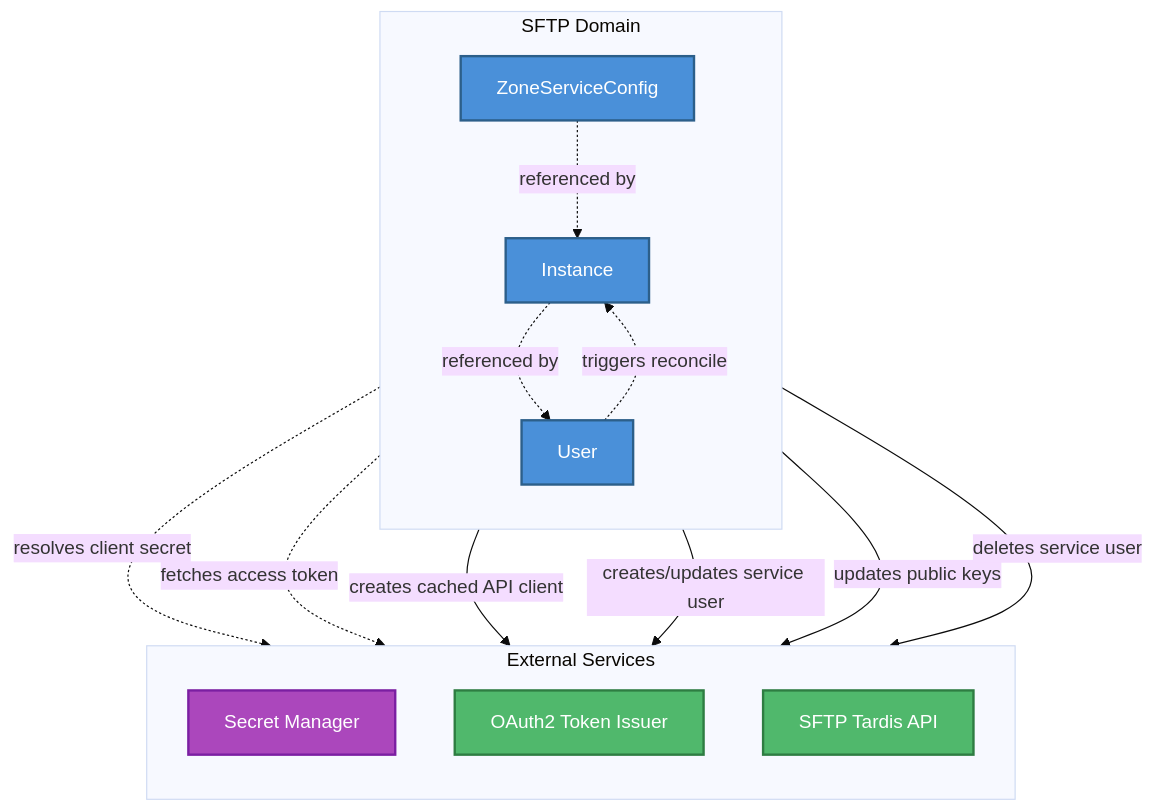
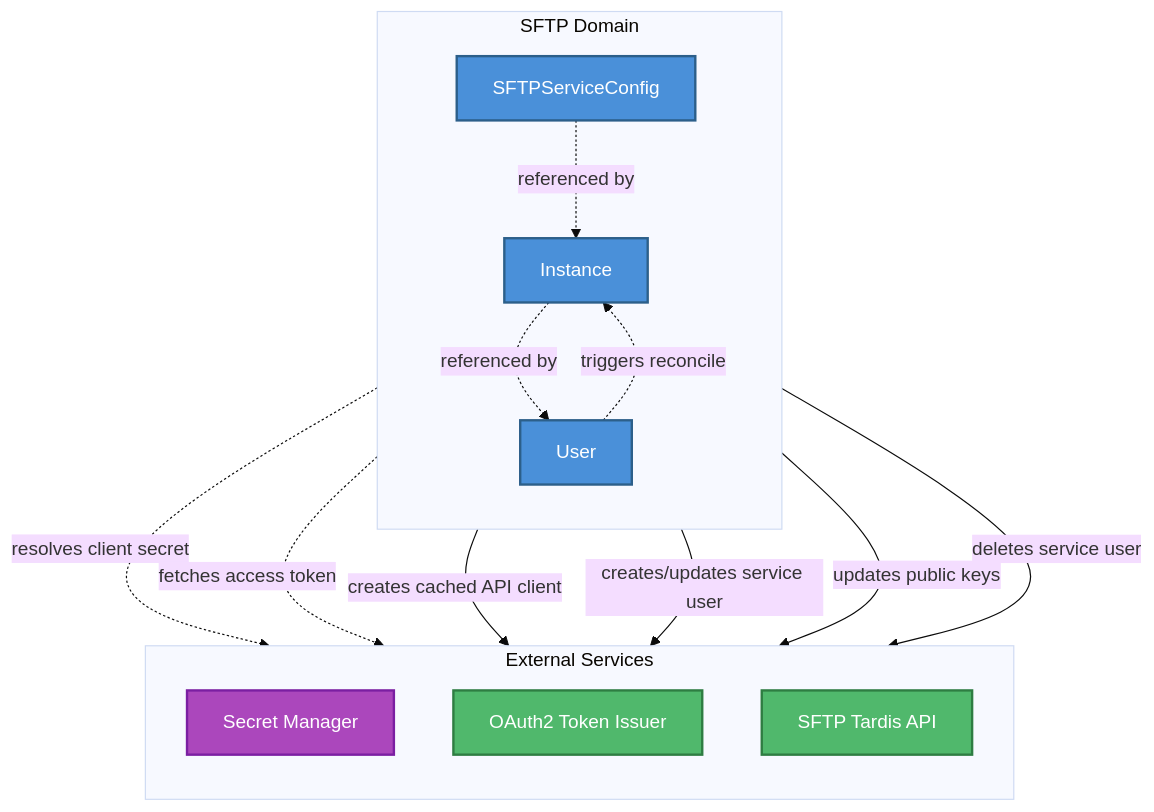
One commit to telekom/controlplane changed the diagram in sftp/docs/sftp-domain-architecture.md. Above: the diagram before and after it, drawn with Mermaid (base theme). The commit also changed other lines of this file and 33 other files, not shown here.

Commit message:
fix(sftp): rename ZoneServiceConfig to SFTPServiceConfig

````diff
--- a/sftp/docs/sftp-domain-architecture.md
+++ b/sftp/docs/sftp-domain-architecture.md
@@ -13,37 +13,37 @@
 ```mermaid
 flowchart TB
     %% Styling
     classDef sftpCls fill:#4a90d9,color:#fff,stroke:#2c5f8a,stroke-width:2px
     classDef serviceCls fill:#50b86c,color:#fff,stroke:#2e7d42,stroke-width:2px
     classDef secretCls fill:#ab47bc,color:#fff,stroke:#7b1fa2,stroke-width:2px
 
     %% SFTP Domain
     subgraph sftp["SFTP Domain"]
         direction TB
-        ZoneServiceConfig["ZoneServiceConfig"]:::sftpCls
+        SFTPServiceConfig["SFTPServiceConfig"]:::sftpCls
         Instance["Instance"]:::sftpCls
         User["User"]:::sftpCls
 
-        ZoneServiceConfig -. "referenced by" .-> Instance
+        SFTPServiceConfig -. "referenced by" .-> Instance
         Instance -. "referenced by" .-> User
         User -. "triggers reconcile" .-> Instance
     end
 
     %% External services
     subgraph external["External Services"]
         direction TB
         SecretManager["Secret Manager"]:::secretCls
         TokenIssuer["OAuth2 Token Issuer"]:::serviceCls
         SftpTardis["SFTP Tardis API"]:::serviceCls
     end
 
-    %% ZoneServiceConfig interactions
-    ZoneServiceConfig -. "resolves client secret" .-> SecretManager
-    ZoneServiceConfig -. "fetches access token" .-> TokenIssuer
-    ZoneServiceConfig -- "creates cached API client" --> SftpTardis
+    %% SFTPServiceConfig interactions
+    SFTPServiceConfig -. "resolves client secret" .-> SecretManager
+    SFTPServiceConfig -. "fetches access token" .-> TokenIssuer
+    SFTPServiceConfig -- "creates cached API client" --> SftpTardis
 
     %% Instance interactions
     Instance -- "creates/updates service user" --> SftpTardis
     Instance -- "updates public keys" --> SftpTardis
     Instance -- "deletes service user" --> SftpTardis
 ```
````
